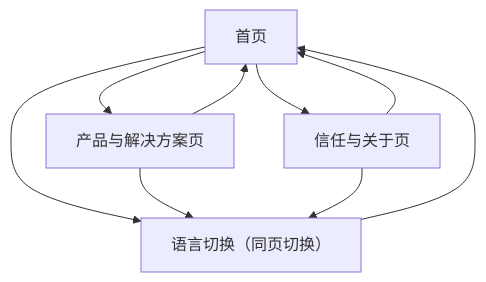
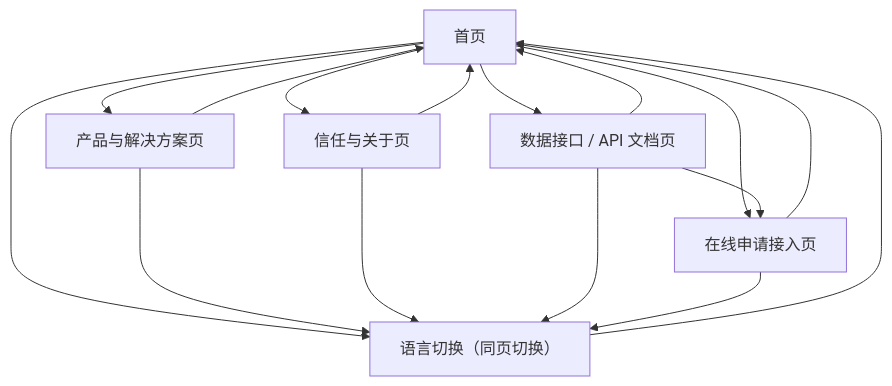
One commit to suchenyang0910-glitch/khmerx changed the diagram in .trae/documents/khmerx_org_官网形象完善_PRD.md. Above: the diagram before and after it, drawn with Mermaid. The commit also changed other lines of this file and 32 other files, not shown here.

````diff
--- a/.trae/documents/khmerx_org_官网形象完善_PRD.md
+++ b/.trae/documents/khmerx_org_官网形象完善_PRD.md
@@ -33,11 +49,18 @@
 ```mermaid
 graph TD
   A["首页"] --> B["产品与解决方案页"]
   A --> C["信任与关于页"]
+  A --> E["数据接口 / API 文档页"]
+  A --> F["在线申请接入页"]
+  E --> F
   B --> A
   C --> A
+  E --> A
+  F --> A
   A --> D["语言切换（同页切换）"]
   B --> D
   C --> D
+  E --> D
+  F --> D
   D --> A
 ```
````
